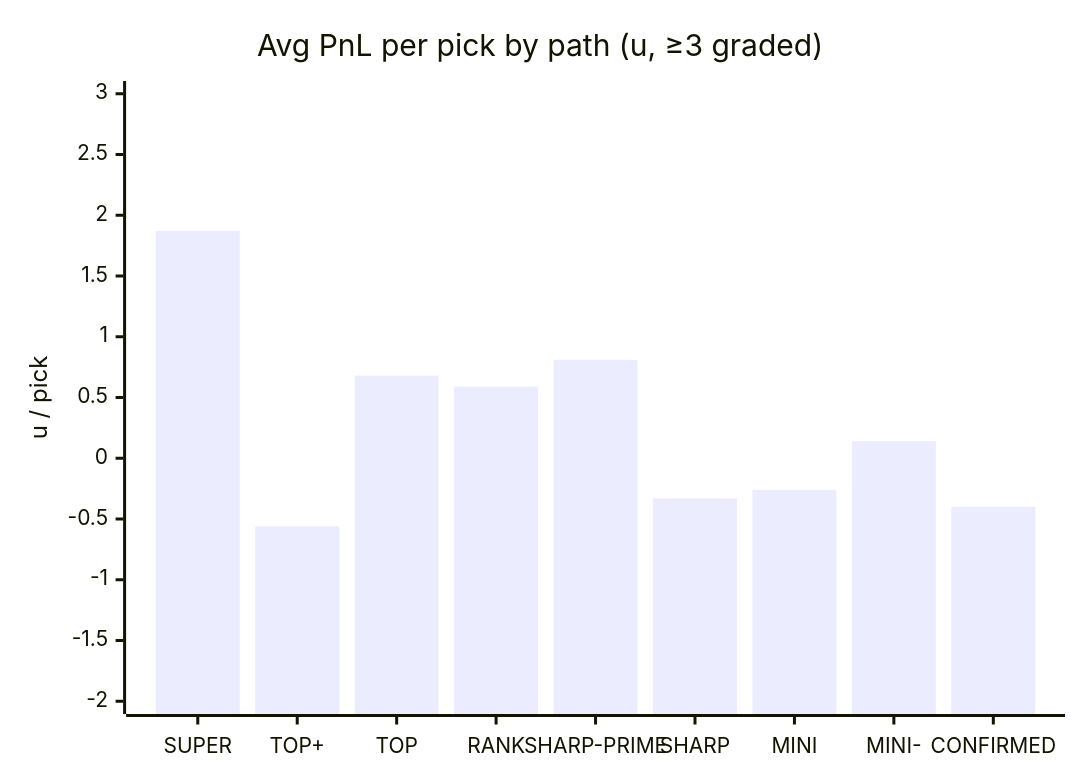
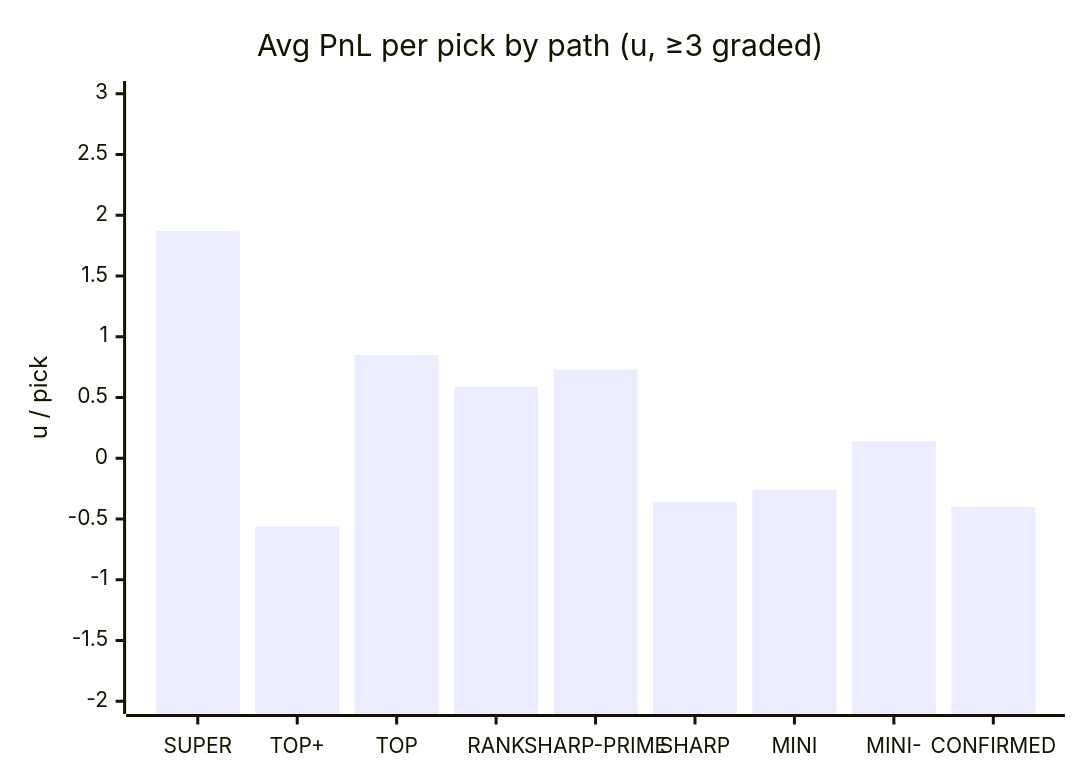
Before and after one commit to dpk1212/nhl-savant: the third of 5 diagrams in DAILY_AGSU_REPORT.md, drawn with Mermaid. The commit also changed other lines of this file, not shown here.

````diff
--- a/DAILY_AGSU_REPORT.md
+++ b/DAILY_AGSU_REPORT.md
@@ -333,7 +338,7 @@
 ```mermaid
 xychart-beta
     title "Avg PnL per pick by path (u, ≥3 graded)"
     x-axis ["SUPER", "TOP+", "TOP", "RANK", "SHARP-PRIME", "SHARP", "MINI", "MINI-", "CONFIRMED"]
     y-axis "u / pick" -2 --> 3
-    bar [1.87, -0.56, 0.68, 0.59, 0.81, -0.33, -0.26, 0.14, -0.4]
+    bar [1.87, -0.56, 0.85, 0.59, 0.73, -0.36, -0.26, 0.14, -0.4]
 ```
````
